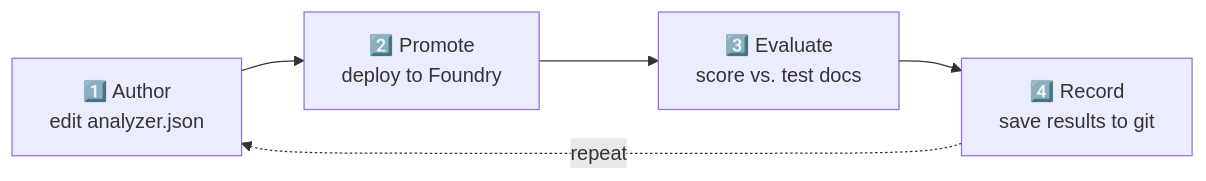
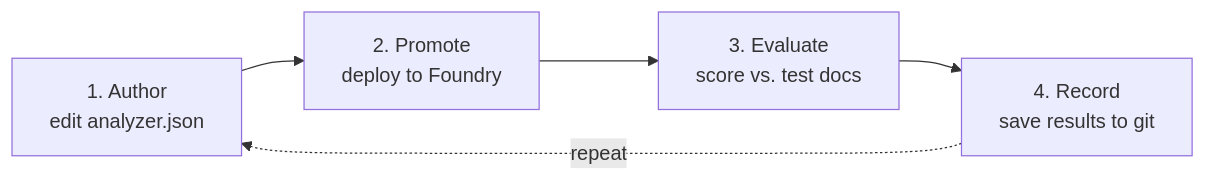
One commit to georgeollis/content-understanding-mlops changed the first of 3 diagrams in README.md. Above: the diagram before and after it, drawn with Mermaid. The commit also changed other lines of this file and 3 other files, not shown here.

````diff
--- a/README.md
+++ b/README.md
@@ -37,7 +37,7 @@
 ```mermaid
 graph LR
-    A["1️⃣ Author<br/>edit analyzer.json"] --> B["2️⃣ Promote<br/>deploy to Foundry"]
-    B --> C["3️⃣ Evaluate<br/>score vs. test docs"]
-    C --> D["4️⃣ Record<br/>save results to git"]
+    A["1. Author<br/>edit analyzer.json"] --> B["2. Promote<br/>deploy to Foundry"]
+    B --> C["3. Evaluate<br/>score vs. test docs"]
+    C --> D["4. Record<br/>save results to git"]
     D -.->|"repeat"| A
 ```
````
